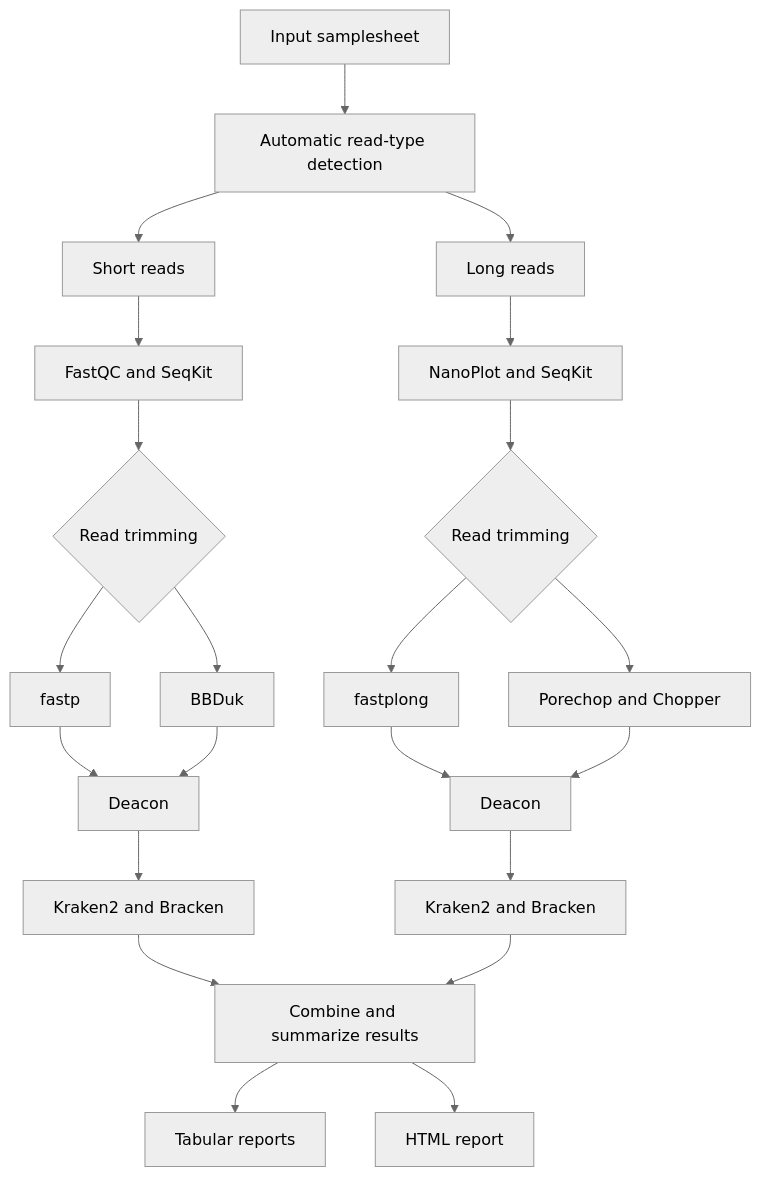
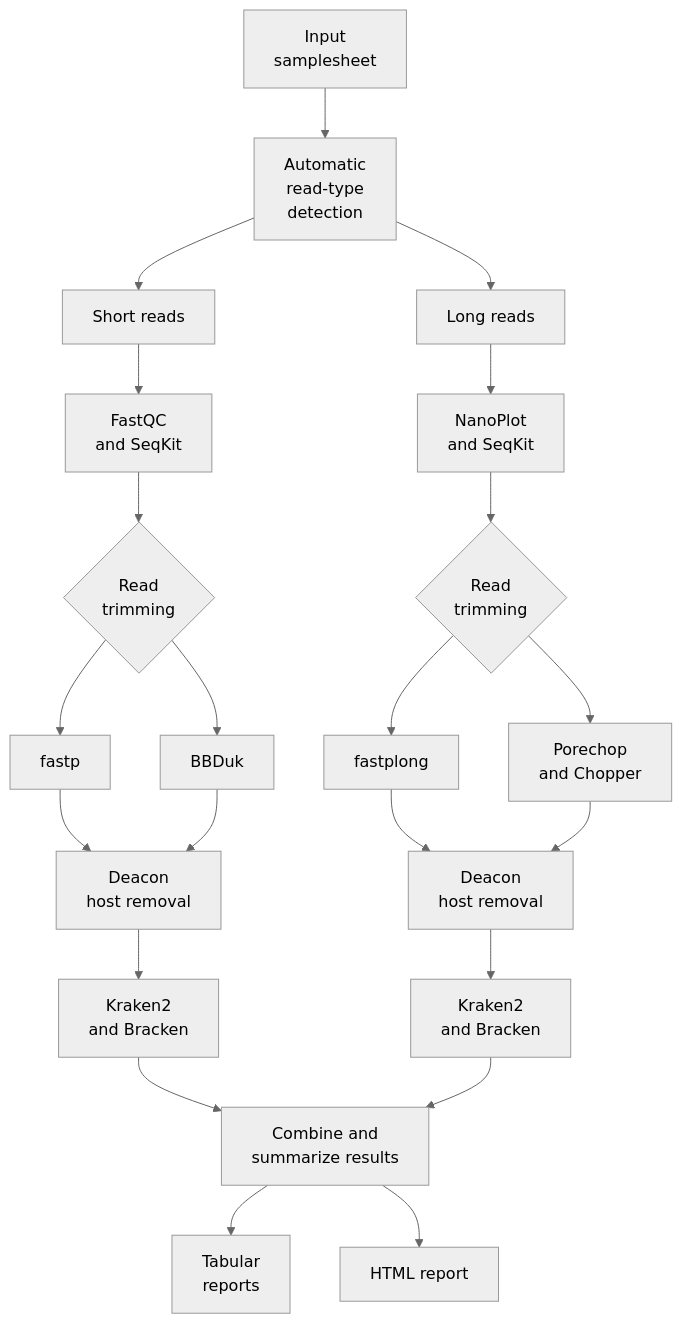
The diagram in README.md (xiaoli-dong/nf-qcflow), drawn with Mermaid (neutral theme) before and after one commit.

Commit message:
Update workflow diagram for better readability

````diff
--- a/README.md
+++ b/README.md
@@ -15,28 +15,29 @@
 ```mermaid
-flowchart TB
-    A["Input samplesheet"] --> B["Automatic read-type detection"]
+flowchart TD
+    A["Input<br/>samplesheet"] --> B["Automatic<br/>read-type<br/>detection"]
 
     B --> C["Short reads"]
-    C --> D["FastQC and SeqKit"]
-    D --> E{"Read trimming"}
-    E --> F["fastp"]
-    E --> G["BBDuk"]
-    F --> H["Deacon"]
-    G --> H
-    H --> I["Kraken2 and Bracken"]
+    B --> D["Long reads"]
 
-    B --> J["Long reads"]
-    J --> K["NanoPlot and SeqKit"]
-    K --> L{"Read trimming"}
+    C --> E["FastQC<br/>and SeqKit"]
+    E --> F{"Read<br/>trimming"}
+    F --> G["fastp"]
+    F --> H["BBDuk"]
+    G --> I["Deacon<br/>host removal"]
+    H --> I
+    I --> J["Kraken2<br/>and Bracken"]
+
+    D --> K["NanoPlot<br/>and SeqKit"]
+    K --> L{"Read<br/>trimming"}
     L --> M["fastplong"]
-    L --> N["Porechop and Chopper"]
-    M --> O["Deacon"]
+    L --> N["Porechop<br/>and Chopper"]
+    M --> O["Deacon<br/>host removal"]
     N --> O
-    O --> P["Kraken2 and Bracken"]
+    O --> P["Kraken2<br/>and Bracken"]
 
-    I --> Q["Combine and summarize results"]
+    J --> Q["Combine and<br/>summarize results"]
     P --> Q
 
-    Q --> R["Tabular reports"]
+    Q --> R["Tabular<br/>reports"]
     Q --> S["HTML report"]
 ```
````
